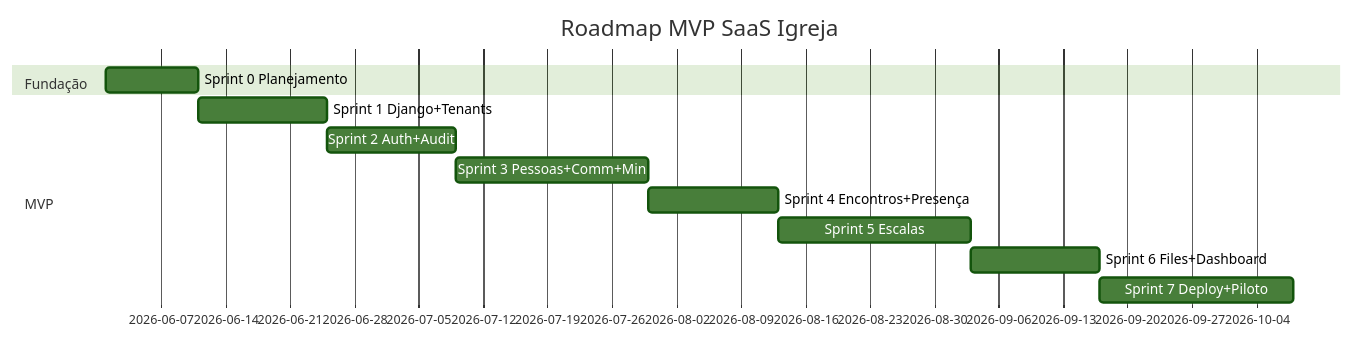
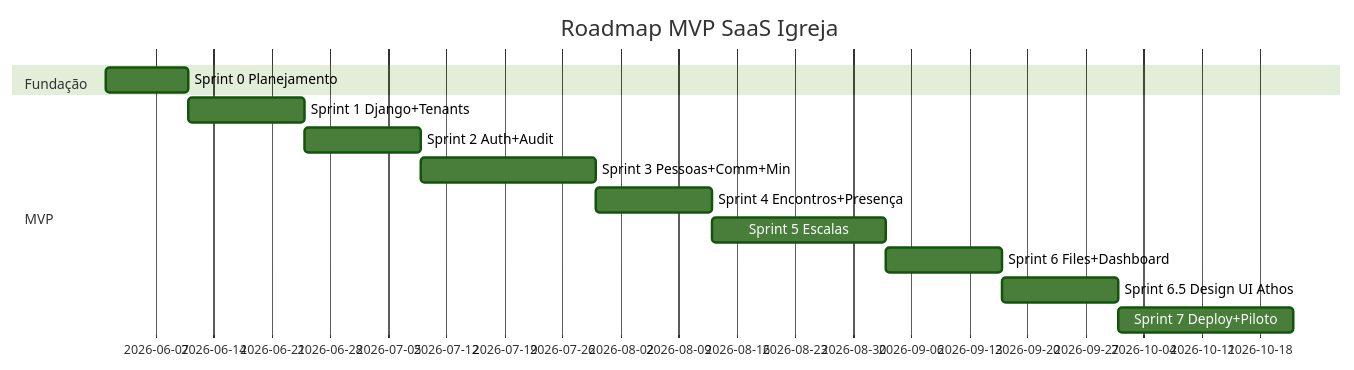
One commit to Ludsonfrancisco/saas_igreja changed the fifth of 5 diagrams in PRD.md. Above: the diagram before and after it, drawn with Mermaid (forest theme). The commit also changed other lines of this file and 7 other files, not shown here.

````diff
--- a/PRD.md
+++ b/PRD.md
@@ -1200,15 +1210,16 @@
 ```mermaid
 gantt
   title Roadmap MVP SaaS Igreja
   dateFormat  YYYY-MM-DD
   section Fundação
   Sprint 0 Planejamento      :a0, 2026-06-01, 10d
   section MVP
   Sprint 1 Django+Tenants    :a1, after a0, 14d
   Sprint 2 Auth+Audit        :a2, after a1, 14d
   Sprint 3 Pessoas+Comm+Min  :a3, after a2, 21d
   Sprint 4 Encontros+Presença:a4, after a3, 14d
   Sprint 5 Escalas           :a5, after a4, 21d
   Sprint 6 Files+Dashboard   :a6, after a5, 14d
-  Sprint 7 Deploy+Piloto     :a7, after a6, 21d
+  Sprint 6.5 Design UI Athos :a65, after a6, 14d
+  Sprint 7 Deploy+Piloto     :a7, after a65, 21d
 ```
````
